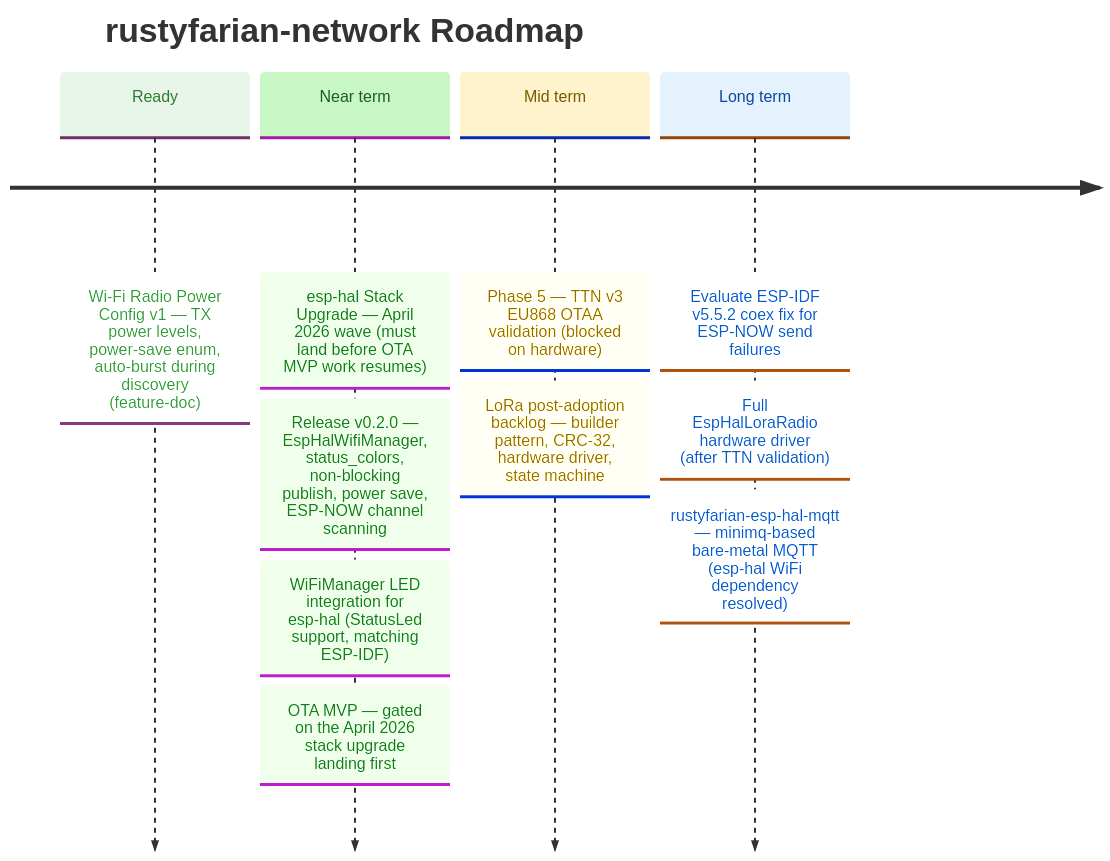
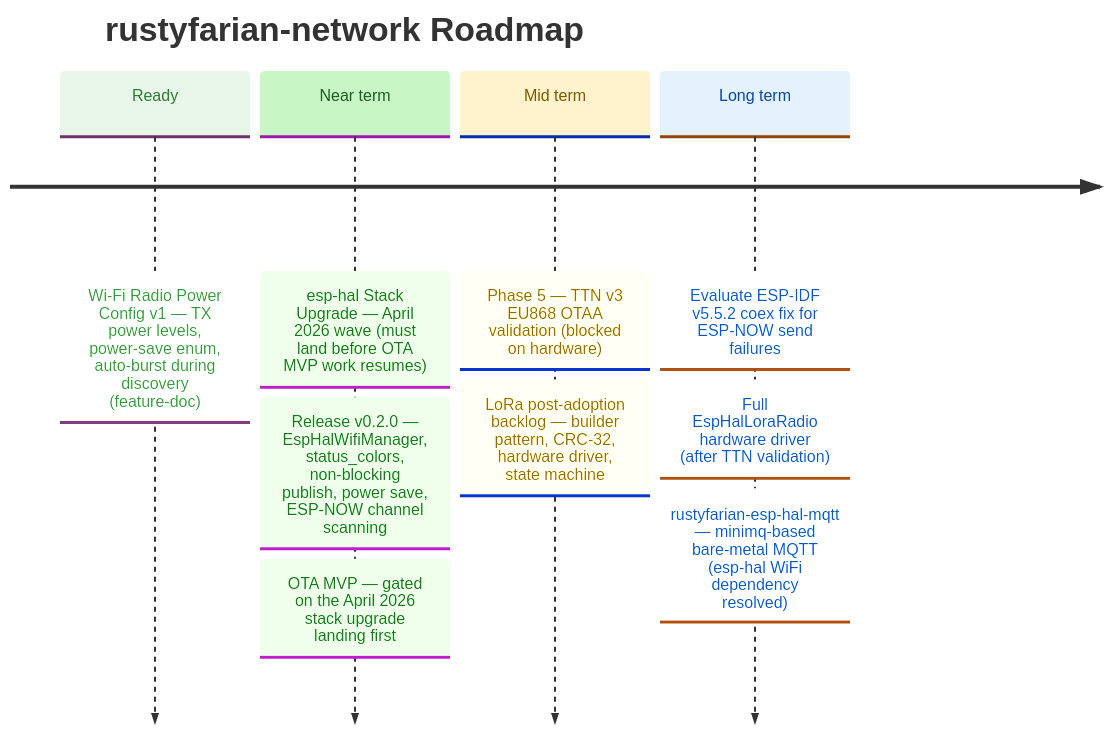
The diagram in docs/ROADMAP.md (datenkollektiv/rustyfarian-network), drawn with Mermaid before and after one commit. The commit also changed other lines of this file and 1 other file, not shown here.

Commit message:
Boy Scout Pass 2026-04-30

````diff
--- a/docs/ROADMAP.md
+++ b/docs/ROADMAP.md
@@ -9,32 +9,31 @@
 ```mermaid
 %%{init: {
   "theme": "base",
   "themeVariables": {
     "cScale0": "#e8f5e9",
     "cScaleLabel0": "#2e7d32",
     "cScale1": "#c8f7c5",
     "cScaleLabel1": "#1b5e20",
     "cScale2": "#fff3cd",
     "cScaleLabel2": "#7a5a00",
     "cScale3": "#e3f2fd",
     "cScaleLabel3": "#0d47a1"
   }
 }}%%
 
 timeline
     title rustyfarian-network Roadmap
 
     Ready     : Wi-Fi Radio Power Config v1 — TX power levels, power-save enum, auto-burst during discovery (feature-doc)
 
     Near term : esp-hal Stack Upgrade — April 2026 wave (must land before OTA MVP work resumes)
               : Release v0.2.0 — EspHalWifiManager, status_colors, non-blocking publish, power save, ESP-NOW channel scanning
-              : WiFiManager LED integration for esp-hal (StatusLed support, matching ESP-IDF)
               : OTA MVP — gated on the April 2026 stack upgrade landing first
 
     Mid term  : Phase 5 — TTN v3 EU868 OTAA validation (blocked on hardware)
               : LoRa post-adoption backlog — builder pattern, CRC-32, hardware driver, state machine
 
     Long term : Evaluate ESP-IDF v5.5.2 coex fix for ESP-NOW send failures
               : Full EspHalLoraRadio hardware driver (after TTN validation)
               : rustyfarian-esp-hal-mqtt — minimq-based bare-metal MQTT (esp-hal WiFi dependency resolved)
 ```
````
